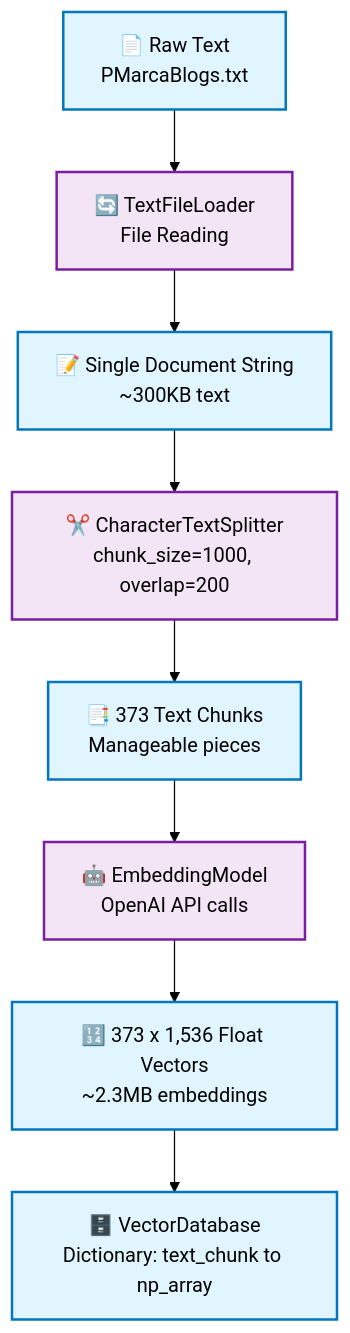
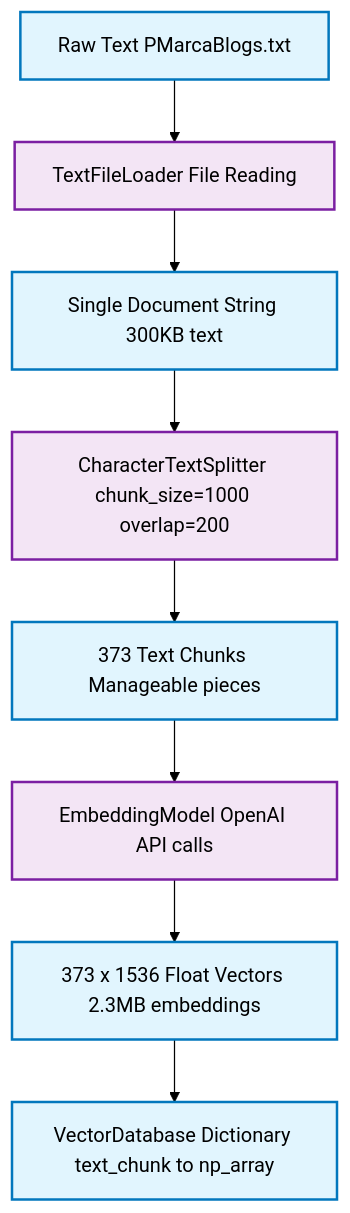
Before and after one commit to ovokpus/AIE8: the tenth of 16 diagrams in 02_Embeddings_and_RAG/Understanding_Pythonic_RAG.md, drawn with Mermaid (forest theme). The commit also changed other lines of this file, not shown here.

Commit message:
fixed mermaid

````diff
--- a/02_Embeddings_and_RAG/Understanding_Pythonic_RAG.md
+++ b/02_Embeddings_and_RAG/Understanding_Pythonic_RAG.md
@@ -447,17 +442,17 @@
 ```mermaid
 flowchart TD
-    A[📄 Raw Text<br/>PMarcaBlogs.txt] --> B[🔄 TextFileLoader<br/>File Reading]
-    B --> C[📝 Single Document String<br/>~300KB text]
-    C --> D[✂️ CharacterTextSplitter<br/>chunk_size=1000, overlap=200]
-    D --> E[📑 373 Text Chunks<br/>Manageable pieces]
-    E --> F[🤖 EmbeddingModel<br/>OpenAI API calls]
-    F --> G[🔢 373 x 1,536 Float Vectors<br/>~2.3MB embeddings]
-    G --> H[🗄️ VectorDatabase<br/>Dictionary: text_chunk to np_array]
+    A["Raw Text PMarcaBlogs.txt"] --> B["TextFileLoader File Reading"]
+    B --> C["Single Document String 300KB text"]
+    C --> D["CharacterTextSplitter chunk_size=1000 overlap=200"]
+    D --> E["373 Text Chunks Manageable pieces"]
+    E --> F["EmbeddingModel OpenAI API calls"]
+    F --> G["373 x 1536 Float Vectors 2.3MB embeddings"]
+    G --> H["VectorDatabase Dictionary text_chunk to np_array"]
     
     classDef default fill:#f9f9f9,stroke:#333,stroke-width:2px,color:#000000
     classDef dataNode fill:#e1f5fe,stroke:#0277bd,stroke-width:2px,color:#000000
     classDef processNode fill:#f3e5f5,stroke:#7b1fa2,stroke-width:2px,color:#000000
     
     class A,C,E,G,H dataNode
     class B,D,F processNode
 ```
````
